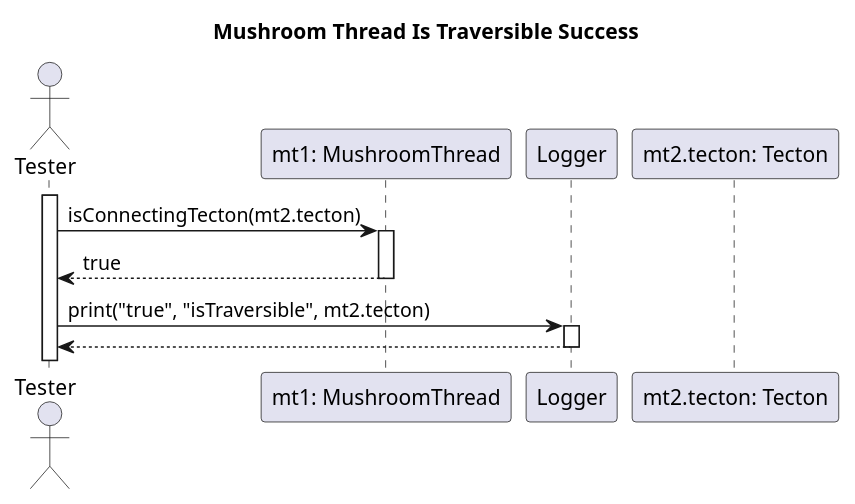
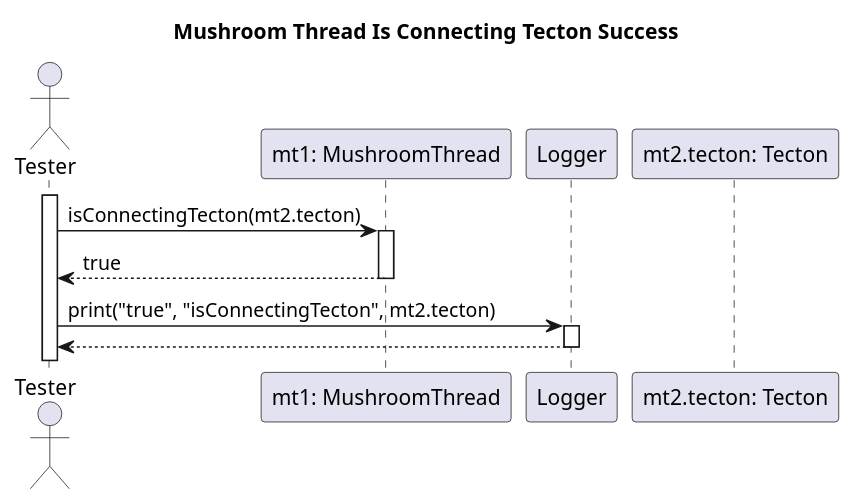
The diagram in diagrams/test-sequence/mushroom/connectingTectonSucces.wsd (dzsem/projlab), drawn with PlantUML before and after one commit. The commit also changed 2 other files, not shown here.

Commit message:
Fixed logger message in connectingTecton sd-s

```diff
--- a/diagrams/test-sequence/mushroom/connectingTectonSucces.wsd
+++ b/diagrams/test-sequence/mushroom/connectingTectonSucces.wsd
@@ -1,22 +1,22 @@
 @startuml Mushroom Thread Is Traversible Success
 
-title Mushroom Thread Is Traversible Success
+title Mushroom Thread Is Connecting Tecton Success
 
 actor "Tester" as tester
 
 participant "mt1: MushroomThread" as mt1
 participant "Logger" as logger
 participant "mt2.tecton: Tecton" as t2
 
 activate tester
 tester -> mt1: isConnectingTecton(mt2.tecton)
 activate mt1
 mt1 --> tester: true
 deactivate mt1
 
-tester -> logger: print("true", "isTraversible", mt2.tecton)
+tester -> logger: print("true", "isConnectingTecton", mt2.tecton)
 activate logger
 logger --> tester
 deactivate logger
 
 @enduml
```
